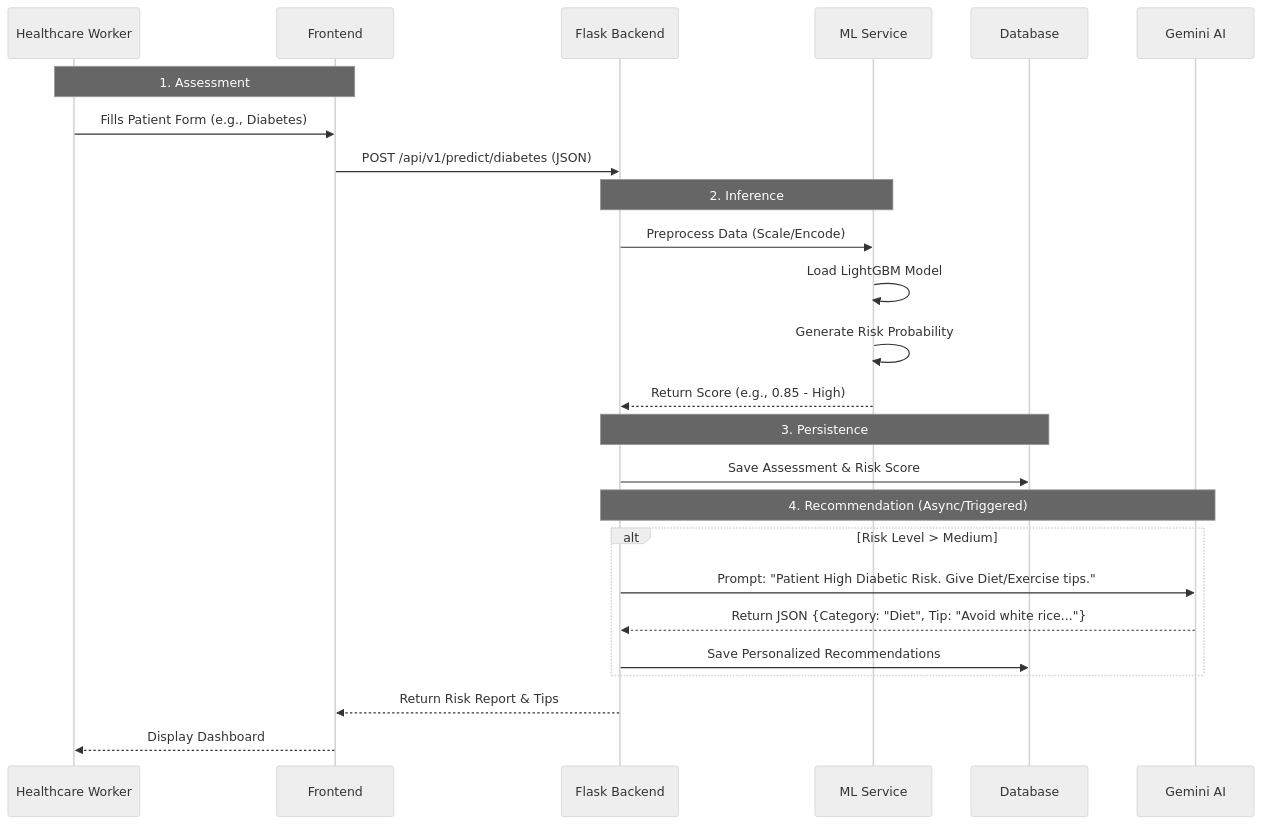
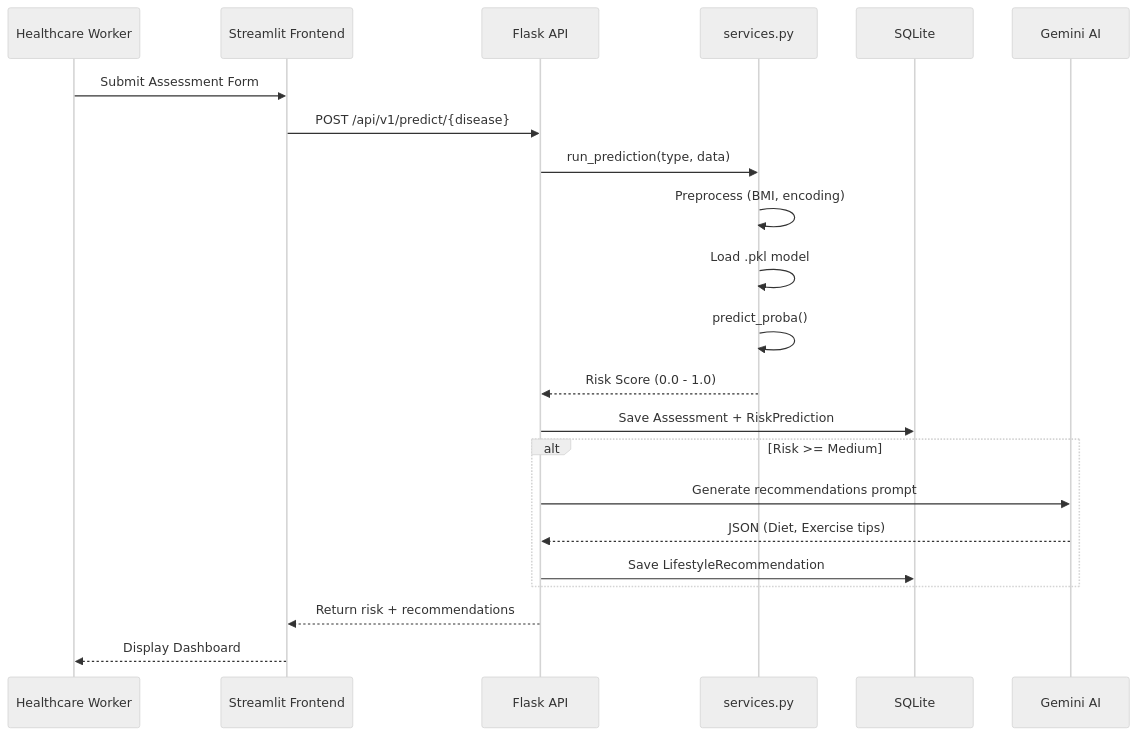
Before and after one commit to abhaypatil-code/PreventVance-AI-Revamp: the fourth of 4 diagrams in ARCHITECTURE.md, drawn with Mermaid (neutral theme). The commit also changed other lines of this file, not shown here.

````diff
--- a/ARCHITECTURE.md
+++ b/ARCHITECTURE.md
@@ -141,32 +229,29 @@
 ```mermaid
 sequenceDiagram
-    participant Admin as Healthcare Worker
-    participant FE as Frontend
-    participant API as Flask Backend
-    participant ML as ML Service
-    participant DB as Database
+    participant HW as Healthcare Worker
+    participant FE as Streamlit Frontend
+    participant API as Flask API
+    participant SVC as services.py
+    participant DB as SQLite
     participant LLM as Gemini AI
 
-    Note over Admin, FE: 1. Assessment
-    Admin->>FE: Fills Patient Form (e.g., Diabetes)
-    FE->>API: POST /api/v1/predict/diabetes (JSON)
+    HW->>FE: Submit Assessment Form
+    FE->>API: POST /api/v1/predict/{disease}
 
-    Note over API, ML: 2. Inference
-    API->>ML: Preprocess Data (Scale/Encode)
-    ML->>ML: Load LightGBM Model
-    ML->>ML: Generate Risk Probability
-    ML-->>API: Return Score (e.g., 0.85 - High)
+    API->>SVC: run_prediction(type, data)
+    SVC->>SVC: Preprocess (BMI, encoding)
+    SVC->>SVC: Load .pkl model
+    SVC->>SVC: predict_proba()
+    SVC-->>API: Risk Score (0.0 - 1.0)
 
-    Note over API, DB: 3. Persistence
-    API->>DB: Save Assessment & Risk Score
+    API->>DB: Save Assessment + RiskPrediction
 
-    Note over API, LLM: 4. Recommendation (Async/Triggered)
-    alt Risk Level > Medium
-        API->>LLM: Prompt: "Patient High Diabetic Risk. Give Diet/Exercise tips."
-        LLM-->>API: Return JSON {Category: "Diet", Tip: "Avoid white rice..."}
-        API->>DB: Save Personalized Recommendations
+    alt Risk >= Medium
+        API->>LLM: Generate recommendations prompt
+        LLM-->>API: JSON (Diet, Exercise tips)
+        API->>DB: Save LifestyleRecommendation
     end
 
-    API-->>FE: Return Risk Report & Tips
-    FE-->>Admin: Display Dashboard
+    API-->>FE: Return risk + recommendations
+    FE-->>HW: Display Dashboard
 ```
````
